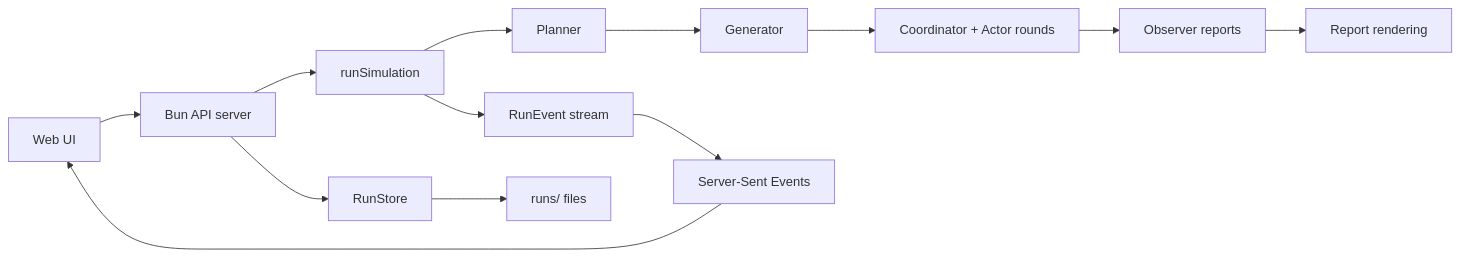
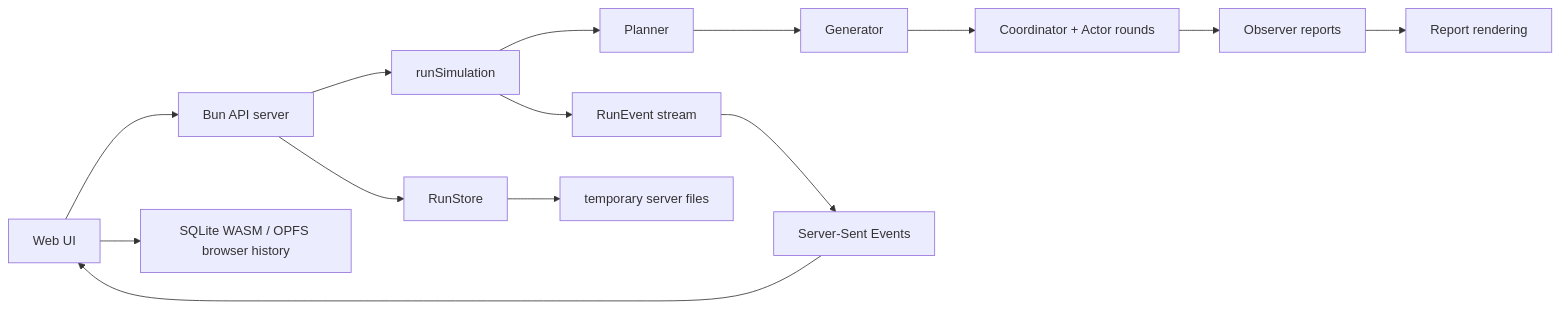
Before and after one commit to keonho-kim/simula: the diagram in docs/architecture.md, drawn with Mermaid. The commit also changed other lines of this file and 743 other files, not shown here.

````diff
--- a/docs/architecture.md
+++ b/docs/architecture.md
@@ -112,15 +430,16 @@
 ```mermaid
 flowchart LR
     UI["Web UI"] --> API["Bun API server"]
     API --> Store["RunStore"]
     API --> Core["runSimulation"]
     Core --> Planning["Planner"]
     Planning --> Generation["Generator"]
     Generation --> Runtime["Coordinator + Actor rounds"]
     Runtime --> Observer["Observer reports"]
     Observer --> Finalization["Report rendering"]
     Core --> Events["RunEvent stream"]
-    Store --> Files["runs/<run_id> files"]
+    Store --> Files["temporary server files"]
     Events --> SSE["Server-Sent Events"]
     SSE --> UI
+    UI --> SQLite["SQLite WASM / OPFS browser history"]
 ```
````
